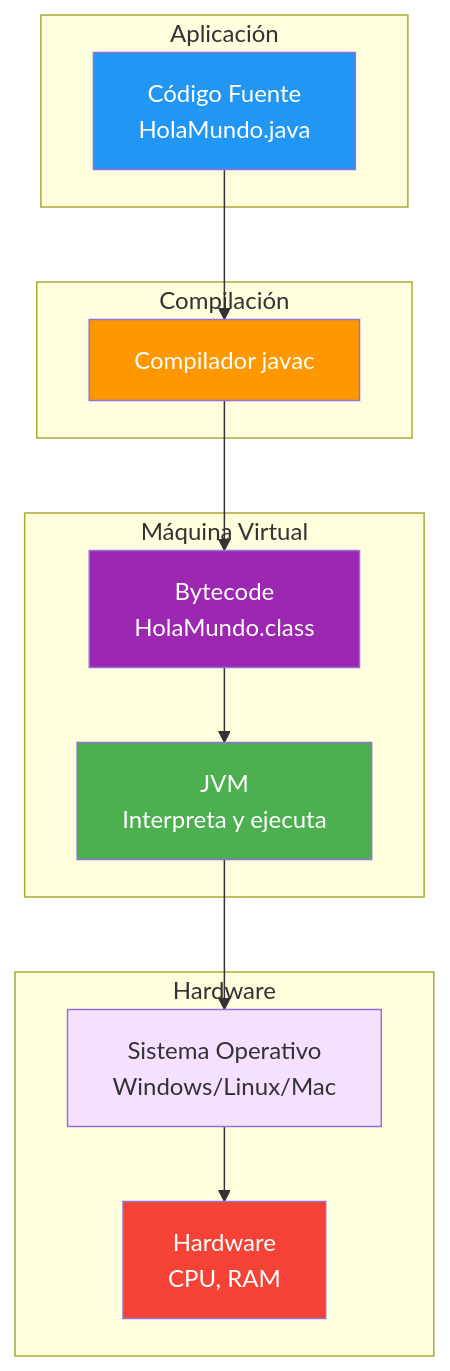
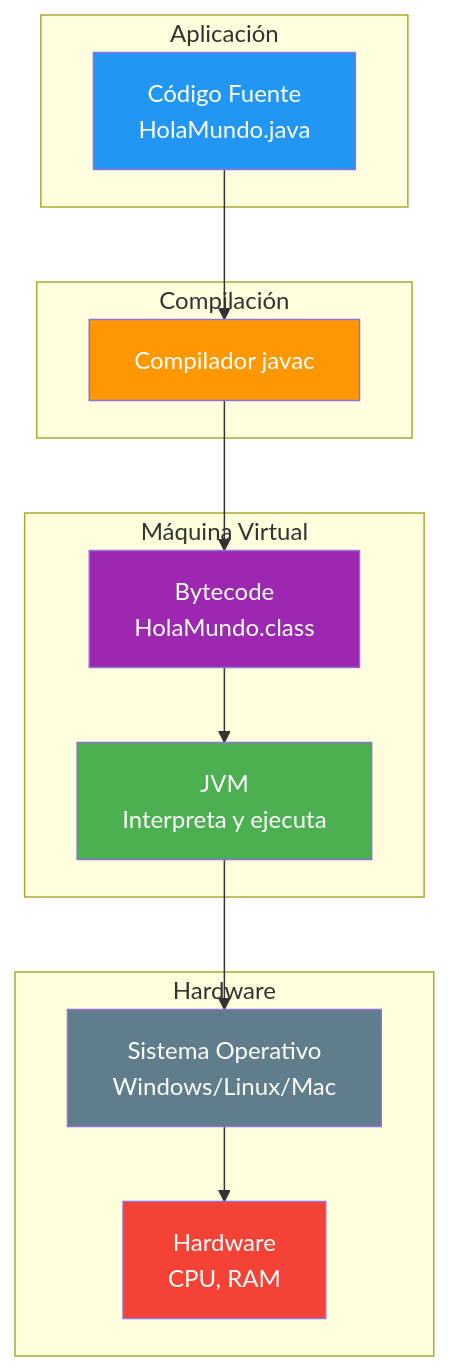
The eighth of 8 diagrams in 06-proceso-traduccion.md (joseluisgs/EntornosDesarrollo-01-2026-2027), drawn with Mermaid before and after one commit. The commit also changed other lines of this file, not shown here.

Commit message:
[fix] Punto 06: Mejoras didácticas, corrección de bloques, colores Mermaid y ASCII

````diff
--- a/06-proceso-traduccion.md
+++ b/06-proceso-traduccion.md
@@ -300,33 +326,28 @@
 ```mermaid
 graph TB
     subgraph Aplicación
         A[Código Fuente<br/>HolaMundo.java]
     end
-
     subgraph Compilación
         B[Compilador javac]
     end
-
     subgraph Máquina Virtual
         C[Bytecode<br/>HolaMundo.class]
         D[JVM<br/>Interpreta y ejecuta]
     end
-
     subgraph Hardware
         E[Sistema Operativo<br/>Windows/Linux/Mac]
         F[Hardware<br/>CPU, RAM]
     end
-
     A --> B
     B --> C
     C --> D
     D --> E
     E --> F
-
     style A fill:#2196F3,color:#fff
     style B fill:#FF9800,color:#fff
     style C fill:#9C27B0,color:#fff
     style D fill:#4CAF50,color:#fff
-    style E fill:#f5e1ff
+    style E fill:#607D8B,color:#fff
     style F fill:#f44336,color:#fff
 ```
````
